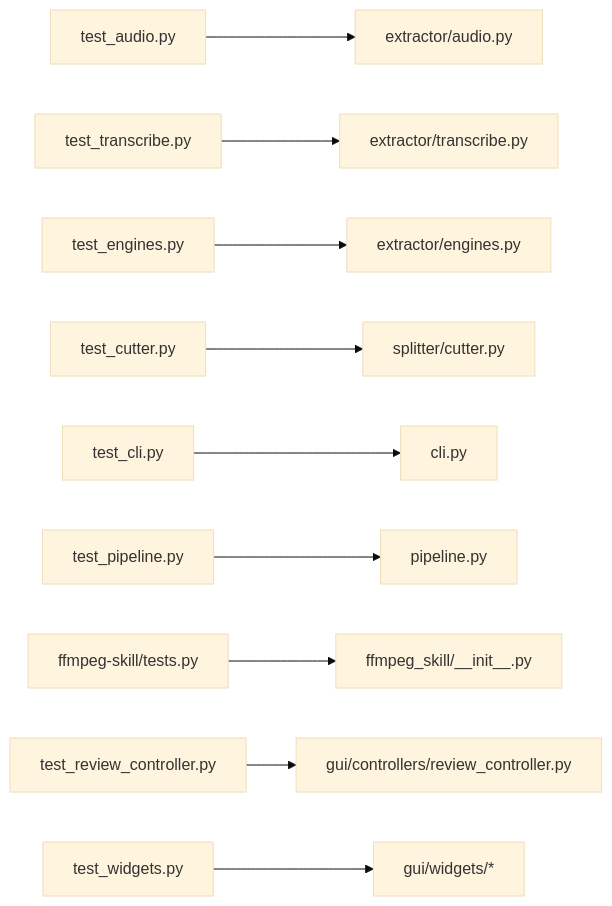
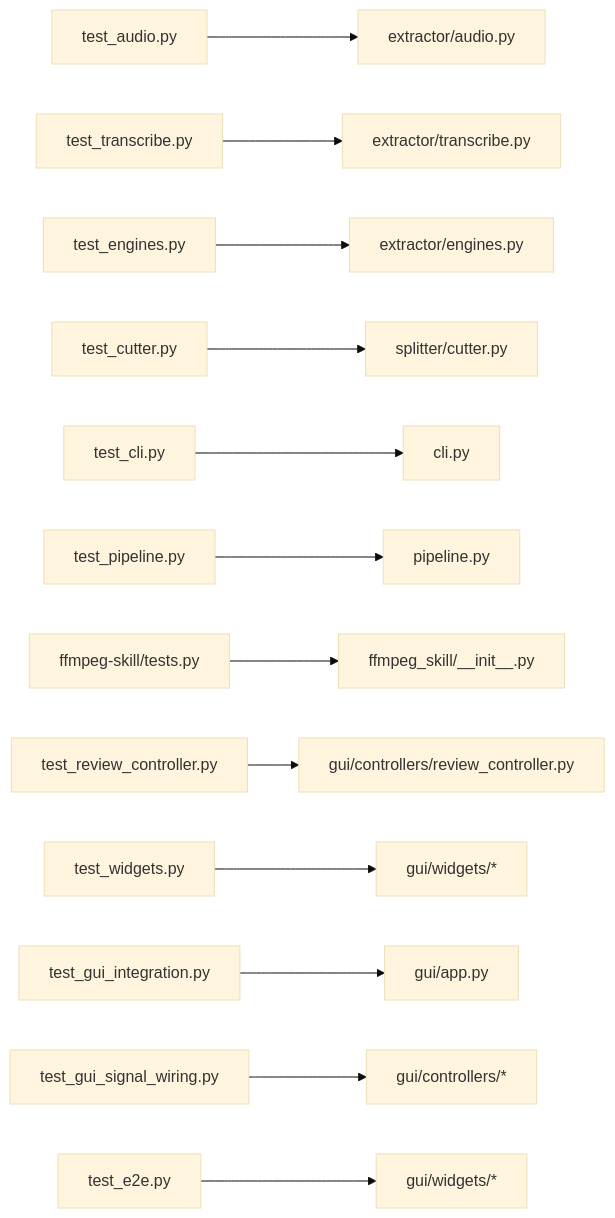
The seventh of 7 diagrams in .qoder/repowiki/zh/content/测试与质量保证/测试策略与框架.md (boyingliu01/VideoSplitter), drawn with Mermaid (base theme) before and after one commit. The commit also changed other lines of this file and 147 other files, not shown here.

````diff
--- a/.qoder/repowiki/zh/content/测试与质量保证/测试策略与框架.md
+++ b/.qoder/repowiki/zh/content/测试与质量保证/测试策略与框架.md
@@ -317,12 +491,15 @@
 ```mermaid
 graph LR
 T1["test_audio.py"] --> M1["extractor/audio.py"]
 T2["test_transcribe.py"] --> M2["extractor/transcribe.py"]
 T3["test_engines.py"] --> M3["extractor/engines.py"]
 T4["test_cutter.py"] --> M4["splitter/cutter.py"]
 T5["test_cli.py"] --> M5["cli.py"]
 T6["test_pipeline.py"] --> M6["pipeline.py"]
 T7["ffmpeg-skill/tests.py"] --> M7["ffmpeg_skill/__init__.py"]
 T8["test_review_controller.py"] --> M8["gui/controllers/review_controller.py"]
 T9["test_widgets.py"] --> M9["gui/widgets/*"]
+T10["test_gui_integration.py"] --> M10["gui/app.py"]
+T11["test_gui_signal_wiring.py"] --> M11["gui/controllers/*"]
+T12["test_e2e.py"] --> M12["gui/widgets/*"]
 ```
````
